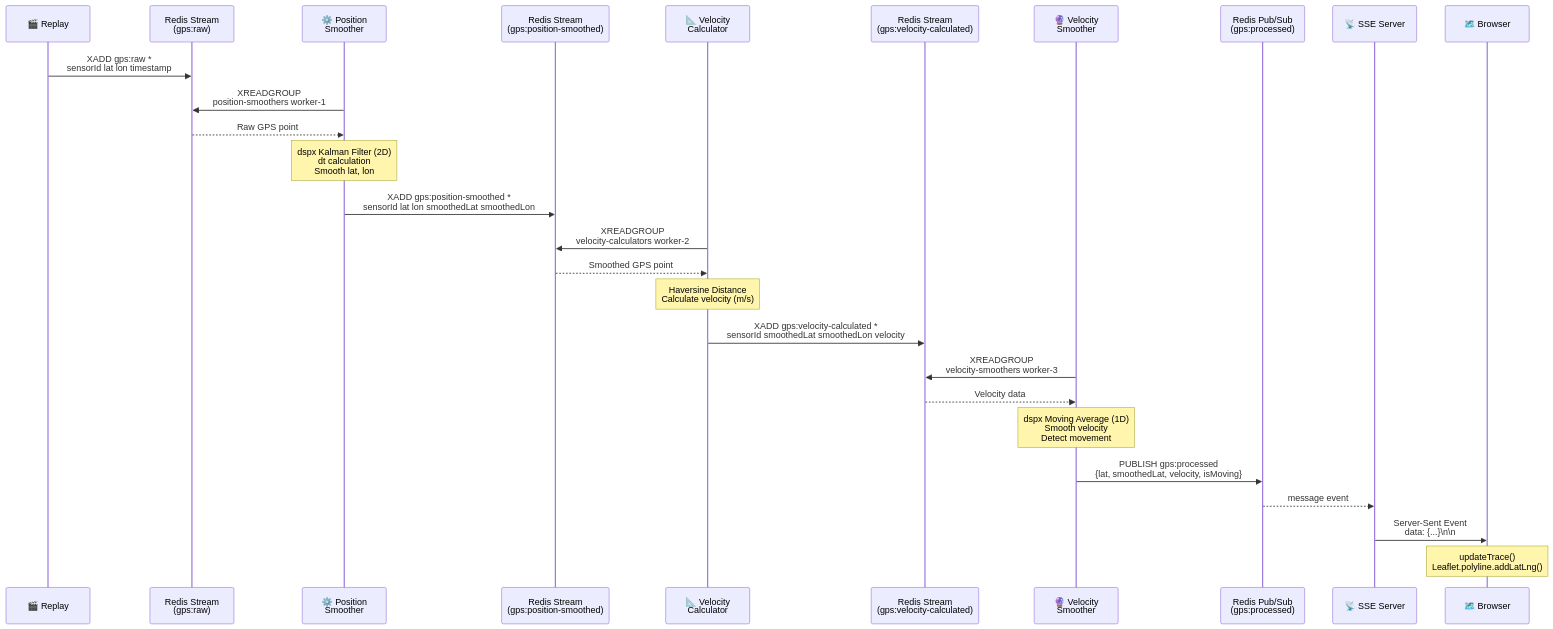
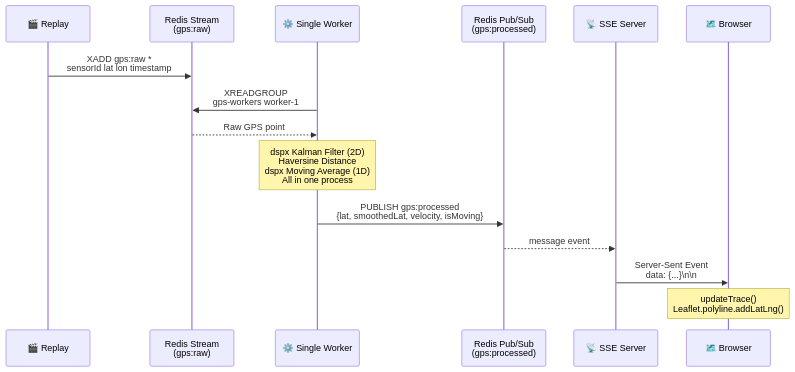
One commit to A-KGeorge/serverless-gps-demo-dspx changed the third of 4 diagrams in ARCHITECTURE.md. Above: the diagram before and after it, drawn with Mermaid. The commit also changed other lines of this file and 3 other files, not shown here.

````diff
--- a/ARCHITECTURE.md
+++ b/ARCHITECTURE.md
@@ -415,41 +465,23 @@
 ```mermaid
 sequenceDiagram
     participant Replay as 🎬 Replay
-    participant Stream1 as Redis Stream<br/>(gps:raw)
-    participant Worker1 as ⚙️ Position<br/>Smoother
-    participant Stream2 as Redis Stream<br/>(gps:position-smoothed)
-    participant Worker2 as 📐 Velocity<br/>Calculator
-    participant Stream3 as Redis Stream<br/>(gps:velocity-calculated)
-    participant Worker3 as 🔮 Velocity<br/>Smoother
+    participant Stream as Redis Stream<br/>(gps:raw)
+    participant Worker as ⚙️ Single Worker
     participant PubSub as Redis Pub/Sub<br/>(gps:processed)
     participant SSE as 📡 SSE Server
     participant Browser as 🗺️ Browser
 
-    Replay->>Stream1: XADD gps:raw *<br/>sensorId lat lon timestamp
+    Replay->>Stream: XADD gps:raw *<br/>sensorId lat lon timestamp
 
-    Worker1->>Stream1: XREADGROUP<br/>position-smoothers worker-1
-    Stream1-->>Worker1: Raw GPS point
+    Worker->>Stream: XREADGROUP<br/>gps-workers worker-1
+    Stream-->>Worker: Raw GPS point
 
-    Note over Worker1: dspx Kalman Filter (2D)<br/>dt calculation<br/>Smooth lat, lon
+    Note over Worker: dspx Kalman Filter (2D)<br/>Haversine Distance<br/>dspx Moving Average (1D)<br/>All in one process
 
-    Worker1->>Stream2: XADD gps:position-smoothed *<br/>sensorId lat lon smoothedLat smoothedLon
-
-    Worker2->>Stream2: XREADGROUP<br/>velocity-calculators worker-2
-    Stream2-->>Worker2: Smoothed GPS point
-
-    Note over Worker2: Haversine Distance<br/>Calculate velocity (m/s)
-
-    Worker2->>Stream3: XADD gps:velocity-calculated *<br/>sensorId smoothedLat smoothedLon velocity
-
-    Worker3->>Stream3: XREADGROUP<br/>velocity-smoothers worker-3
-    Stream3-->>Worker3: Velocity data
-
-    Note over Worker3: dspx Moving Average (1D)<br/>Smooth velocity<br/>Detect movement
-
-    Worker3->>PubSub: PUBLISH gps:processed<br/>{lat, smoothedLat, velocity, isMoving}
+    Worker->>PubSub: PUBLISH gps:processed<br/>{lat, smoothedLat, velocity, isMoving}
 
     PubSub-->>SSE: message event
     SSE->>Browser: Server-Sent Event<br/>data: {...}\n\n
 
     Note over Browser: updateTrace()<br/>Leaflet.polyline.addLatLng()
 ```
````
